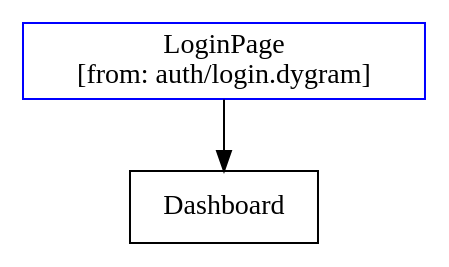
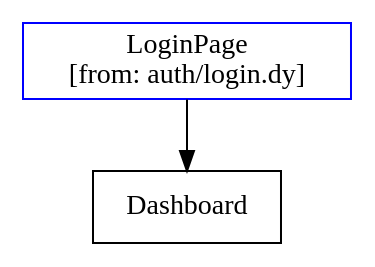
Before and after one commit to christopherdebeer/machine: the second of 3 diagrams in docs/development/IMPORT_SYSTEM_INTEGRATION.md, drawn with Graphviz. The commit also changed other lines of this file and 100 other files, not shown here.

````diff
--- a/docs/development/IMPORT_SYSTEM_INTEGRATION.md
+++ b/docs/development/IMPORT_SYSTEM_INTEGRATION.md
@@ -306,11 +306,11 @@
 ```dot
 digraph G {
     # Imported nodes in different color
-    LoginPage [shape=box, color=blue, label="LoginPage\n[from: auth/login.dygram]"];
+    LoginPage [shape=box, color=blue, label="LoginPage\n[from: auth/login.dy]"];
 
     # Local nodes in default color
     Dashboard [shape=box, label="Dashboard"];
 
     LoginPage -> Dashboard;
 }
 ```
````
